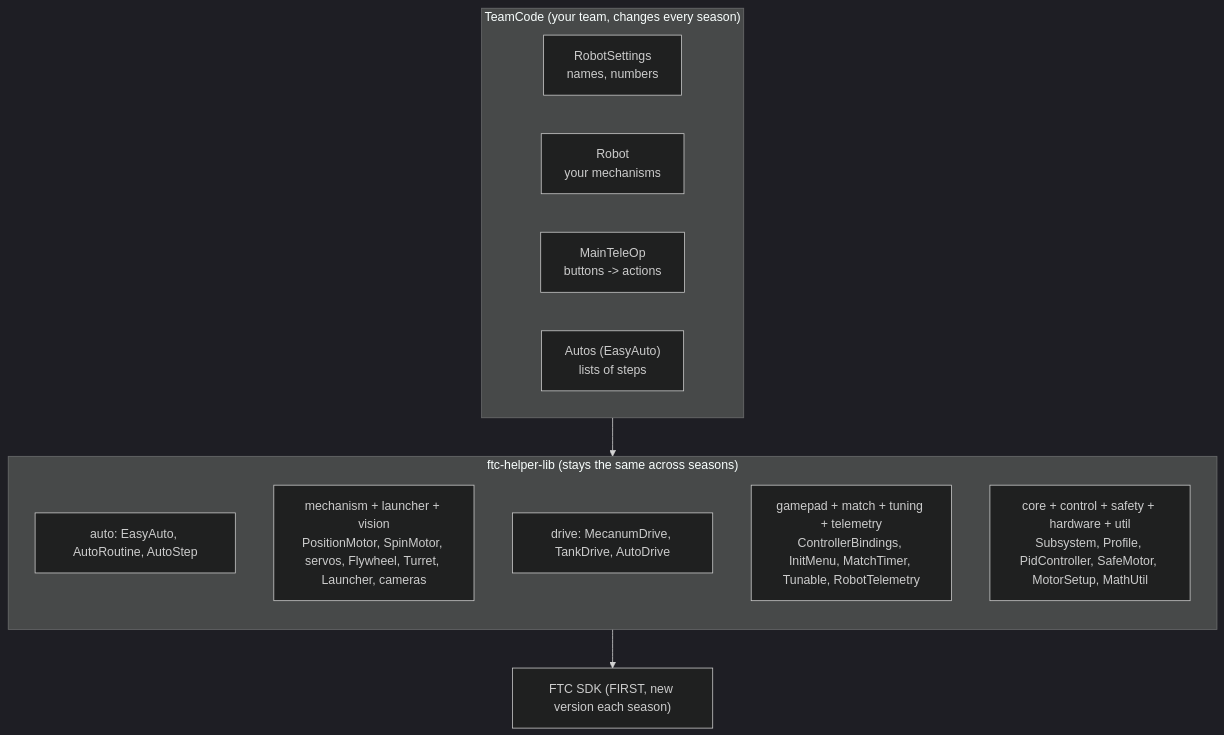
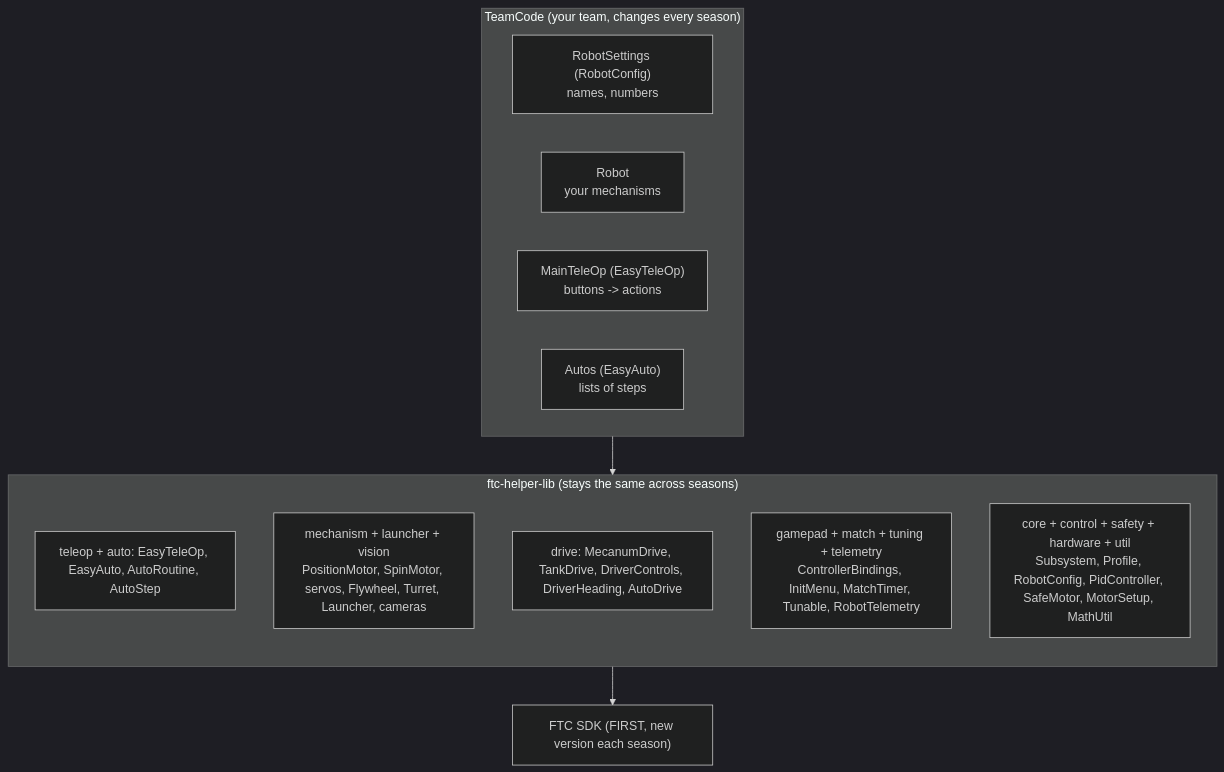
One commit to crossbotics/ftc-helper-lib changed the first of 2 diagrams in docs/guides/architecture.md. Above: the diagram before and after it, drawn with Mermaid (dark theme). The commit also changed other lines of this file and 27 other files, not shown here.

First line of the commit message:
EasyTeleOp, RobotConfig and DriverControls; starter kit and tutorial 20 on them

````diff
--- a/docs/guides/architecture.md
+++ b/docs/guides/architecture.md
@@ -7,19 +7,19 @@
 ```mermaid
 flowchart TB
     subgraph TEAM["TeamCode (your team, changes every season)"]
-        RS["RobotSettings<br/>names, numbers"]
+        RS["RobotSettings (RobotConfig)<br/>names, numbers"]
         RB["Robot<br/>your mechanisms"]
-        TO["MainTeleOp<br/>buttons -> actions"]
+        TO["MainTeleOp (EasyTeleOp)<br/>buttons -> actions"]
         AU["Autos (EasyAuto)<br/>lists of steps"]
     end
     subgraph LIB["ftc-helper-lib (stays the same across seasons)"]
         direction TB
-        A["auto: EasyAuto, AutoRoutine, AutoStep"]
+        A["teleop + auto: EasyTeleOp, EasyAuto, AutoRoutine, AutoStep"]
         M["mechanism + launcher + vision<br/>PositionMotor, SpinMotor, servos, Flywheel, Turret, Launcher, cameras"]
-        D["drive: MecanumDrive, TankDrive, AutoDrive"]
+        D["drive: MecanumDrive, TankDrive, DriverControls, DriverHeading, AutoDrive"]
         G["gamepad + match + tuning + telemetry<br/>ControllerBindings, InitMenu, MatchTimer, Tunable, RobotTelemetry"]
-        C["core + control + safety + hardware + util<br/>Subsystem, Profile, PidController, SafeMotor, MotorSetup, MathUtil"]
+        C["core + control + safety + hardware + util<br/>Subsystem, Profile, RobotConfig, PidController, SafeMotor, MotorSetup, MathUtil"]
     end
     SDK["FTC SDK (FIRST, new version each season)"]
     TEAM --> LIB --> SDK
 ```
````
